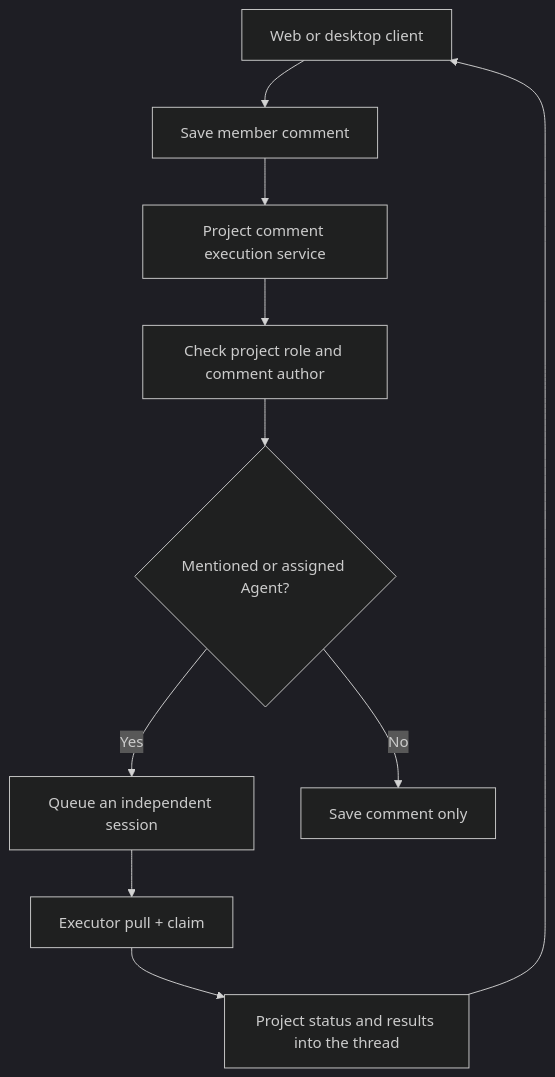
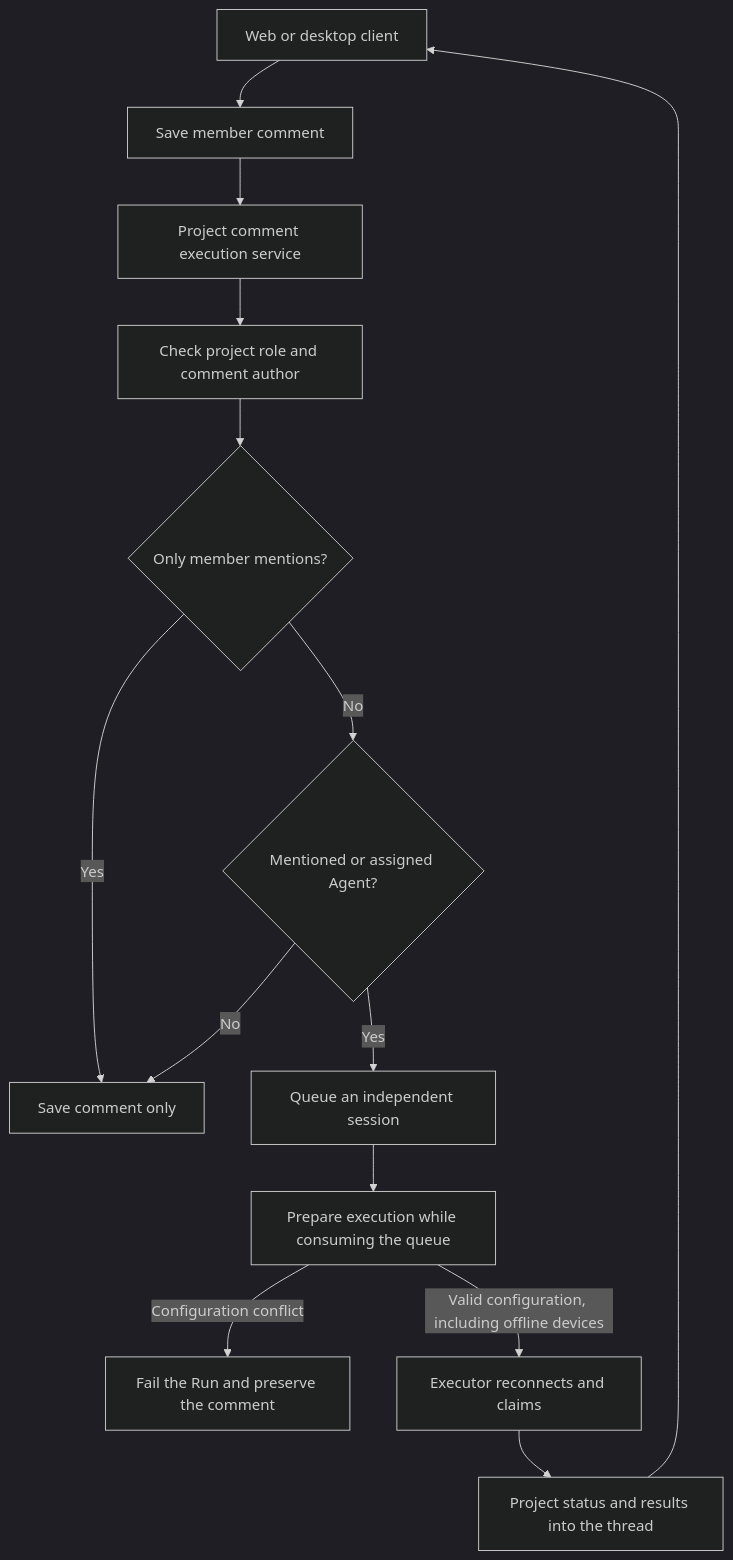
Before and after one commit to wecode-ai/wegent-docs: the third of 4 diagrams in docs/wegent/developer-guide/cloud-project-collaboration.md, drawn with Mermaid (dark theme). The commit also changed other lines of this file and 5 other files, not shown here.

````diff
--- a/docs/wegent/developer-guide/cloud-project-collaboration.md
+++ b/docs/wegent/developer-guide/cloud-project-collaboration.md
@@ -327,12 +328,16 @@
 ```mermaid
 flowchart TD
     UI[Web or desktop client] --> Save[Save member comment]
     Save --> Execute[Project comment execution service]
     Execute --> Auth[Check project role and comment author]
-    Auth --> Agent{Mentioned or assigned Agent?}
+    Auth --> Human{Only member mentions?}
+    Human -->|Yes| Comment[Save comment only]
+    Human -->|No| Agent{Mentioned or assigned Agent?}
     Agent -->|Yes| Queue[Queue an independent session]
-    Agent -->|No| Comment[Save comment only]
-    Queue --> Claim[Executor pull + claim]
+    Agent -->|No| Comment
+    Queue --> Prepare[Prepare execution while consuming the queue]
+    Prepare -->|Configuration conflict| Failed[Fail the Run and preserve the comment]
+    Prepare -->|Valid configuration, including offline devices| Claim[Executor reconnects and claims]
     Claim --> Activity[Project status and results into the thread]
     Activity --> UI
 ```
````
